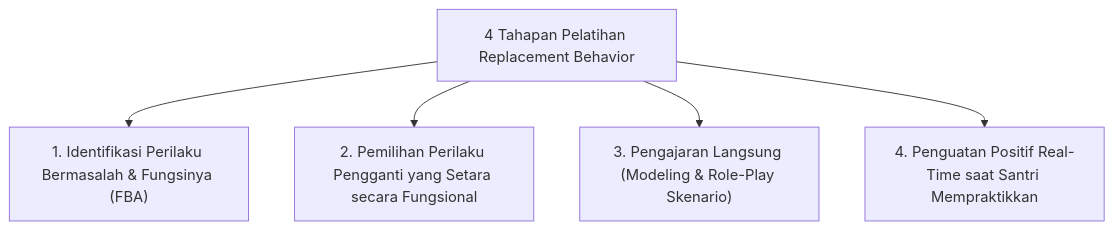
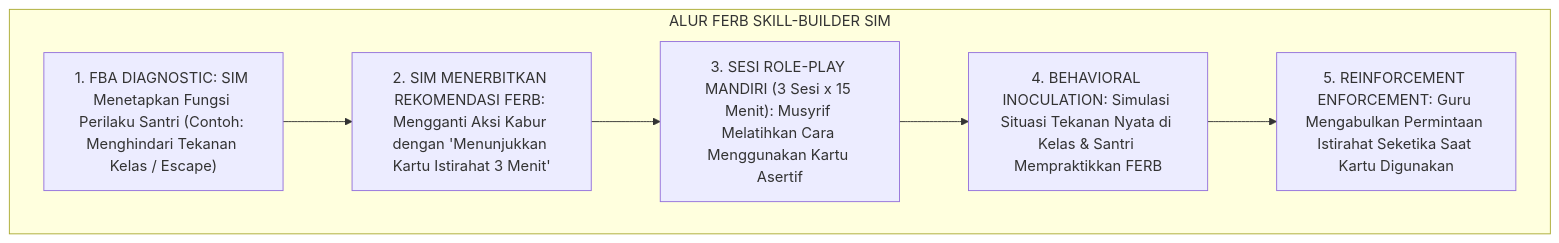
One commit to wandiapriliyandi/tumbuh changed the fourth of 5 diagrams in 06 Intervention Framework/06 Developmental Strategies/P6-06-01-Teknik-Pelatihan-Replacement-Behavior-Adaptif.md. Above: the diagram before and after it, drawn with Mermaid. The commit also changed other lines of this file and 5 other files, not shown here.

````diff
--- a/06 Intervention Framework/06 Developmental Strategies/P6-06-01-Teknik-Pelatihan-Replacement-Behavior-Adaptif.md
+++ b/06 Intervention Framework/06 Developmental Strategies/P6-06-01-Teknik-Pelatihan-Replacement-Behavior-Adaptif.md
@@ -14,8 +115,12 @@
 ```mermaid
-graph TD
-    TeachStep["4 Tahapan Pelatihan Replacement Behavior"]
-    TeachStep --> Identify["1. Identifikasi Perilaku Bermasalah & Fungsinya (FBA)"]
-    TeachStep --> Select["2. Pemilihan Perilaku Pengganti yang Setara secara Fungsional"]
-    TeachStep --> ModelTeach["3. Pengajaran Langsung (Modeling & Role-Play Skenario)"]
-    TeachStep --> ReinforcePractice["4. Penguatan Positif Real-Time saat Santri Mempraktikkan"]
+flowchart TD
+    subgraph AlurSkillBuilderSIM["ALUR FERB SKILL-BUILDER SIM"]
+        AnalisisFungsiPerilaku["1. FBA DIAGNOSTIC: SIM Menetapkan Fungsi Perilaku Santri (Contoh: Menghindari Tekanan Kelas / Escape)"]
+        GenerateMenuFERBOtomatis["2. SIM MENERBITKAN REKOMENDASI FERB: Mengganti Aksi Kabur dengan 'Menunjukkan Kartu Istirahat 3 Menit'"]
+        SesiRolePlay1on1["3. SESI ROLE-PLAY MANDIRI (3 Sesi x 15 Menit): Musyrif Melatihkan Cara Menggunakan Kartu Asertif"]
+        UjiBehavioralInoculation["4. BEHAVIORAL INOCULATION: Simulasi Situasi Tekanan Nyata di Kelas & Santri Mempraktikkan FERB"]
+        PenguatanPositifSeketika["5. REINFORCEMENT ENFORCEMENT: Guru Mengabulkan Permintaan Istirahat Seketika Saat Kartu Digunakan"]
+        
+        AnalisisFungsiPerilaku --> GenerateMenuFERBOtomatis --> SesiRolePlay1on1 --> UjiBehavioralInoculation --> PenguatanPositifSeketika
+    end
 ```
````
